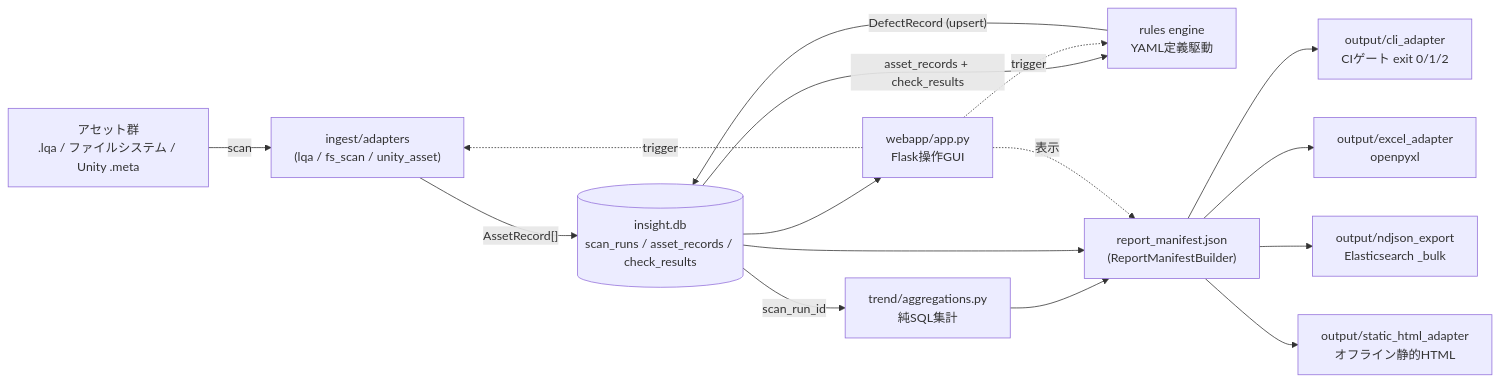
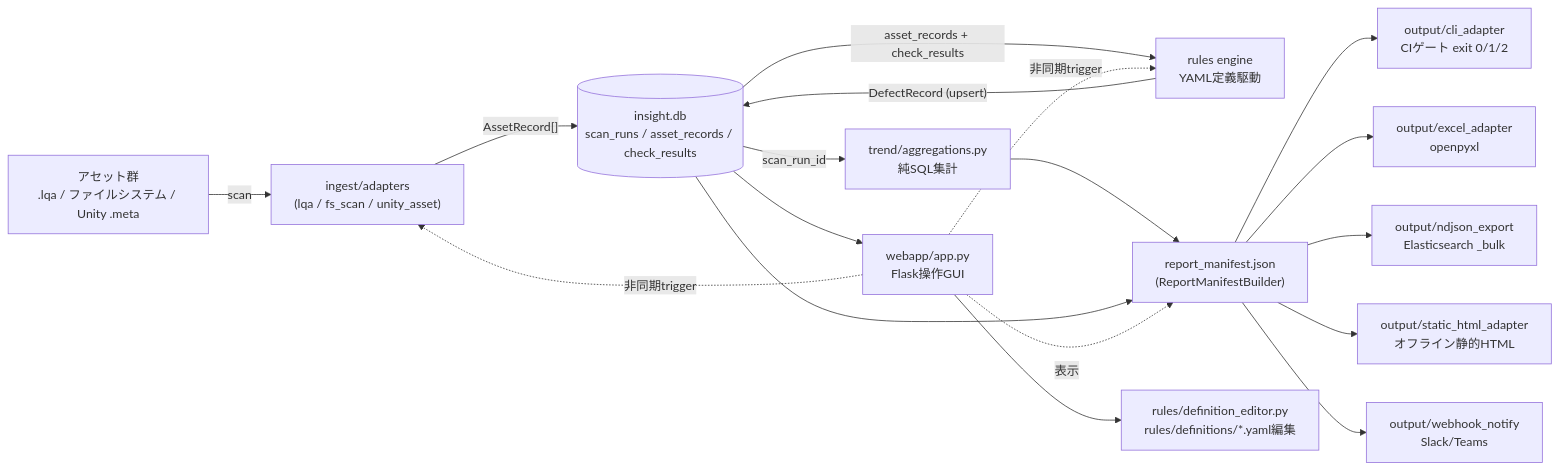
The first of 4 diagrams in docs/TECHNICAL_GUIDE.md (manato1201/AssetDataInsightSuite), drawn with Mermaid before and after one commit. The commit also changed other lines of this file and 2 other files, not shown here.

````diff
--- a/docs/TECHNICAL_GUIDE.md
+++ b/docs/TECHNICAL_GUIDE.md
@@ -28,18 +28,20 @@
 ```mermaid
 flowchart LR
     A["アセット群<br/>.lqa / ファイルシステム / Unity .meta"] -->|scan| B["ingest/adapters<br/>(lqa / fs_scan / unity_asset)"]
     B -->|"AssetRecord[]"| DB[("insight.db<br/>scan_runs / asset_records / check_results")]
     DB -->|"asset_records + check_results"| C["rules engine<br/>YAML定義駆動"]
     C -->|"DefectRecord (upsert)"| DB
     DB -->|"scan_run_id"| E["trend/aggregations.py<br/>純SQL集計"]
     E --> F["report_manifest.json<br/>(ReportManifestBuilder)"]
     DB --> F
     F --> G1["output/cli_adapter<br/>CIゲート exit 0/1/2"]
     F --> G2["output/excel_adapter<br/>openpyxl"]
     F --> G3["output/ndjson_export<br/>Elasticsearch _bulk"]
     F --> G4["output/static_html_adapter<br/>オフライン静的HTML"]
+    F --> G5["output/webhook_notify<br/>Slack/Teams"]
     DB --> H["webapp/app.py<br/>Flask操作GUI"]
-    H -.trigger.-> B
-    H -.trigger.-> C
+    H -.非同期trigger.-> B
+    H -.非同期trigger.-> C
     H -.表示.-> F
+    H --> I["rules/definition_editor.py<br/>rules/definitions/*.yaml編集"]
 ```
````
